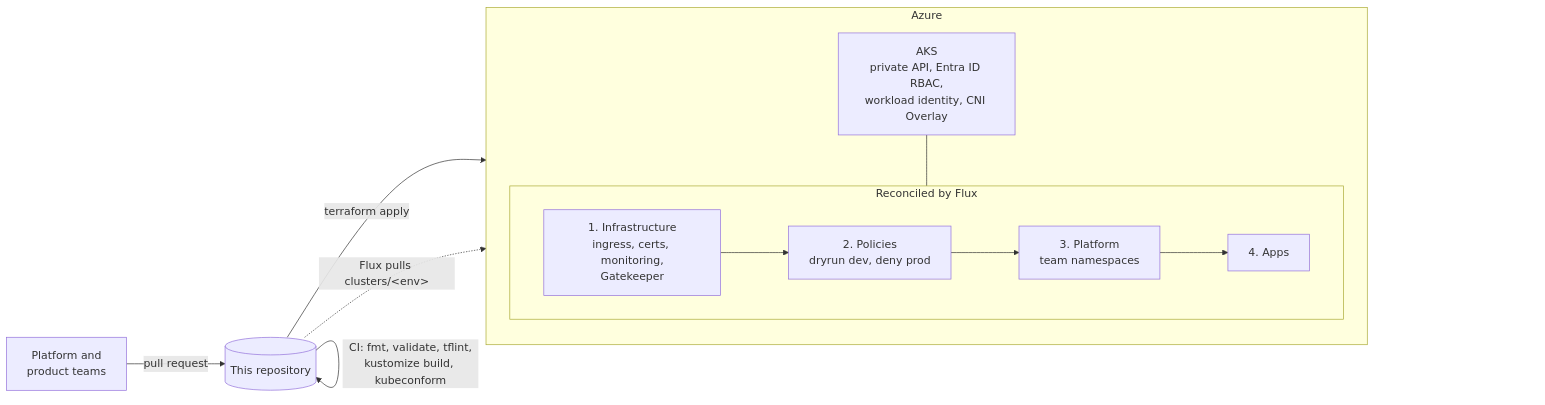
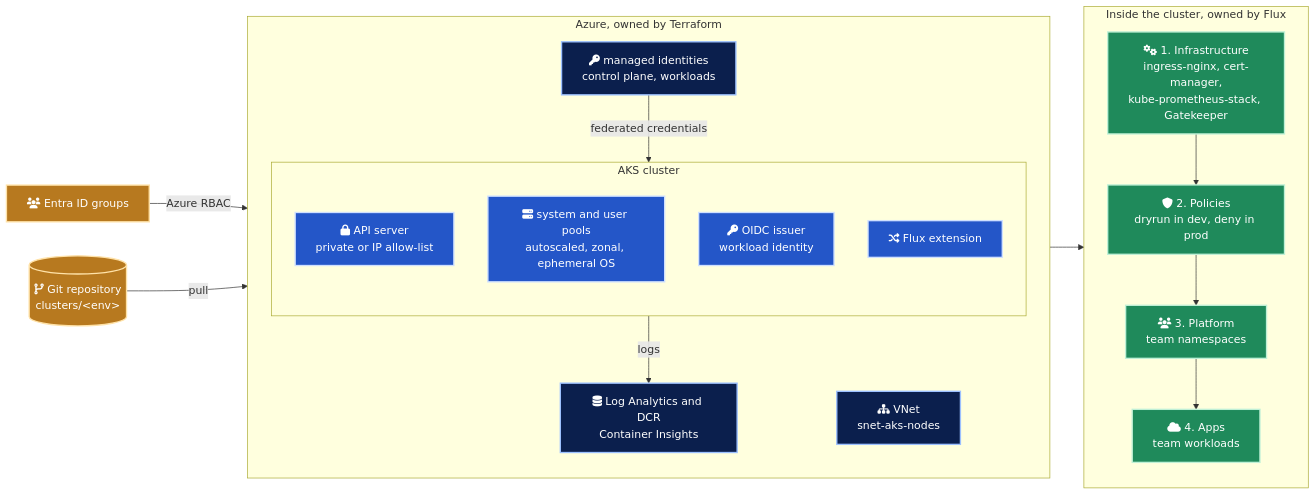
One commit to marlyngiselle/aks-gitops-platform changed the first of 3 diagrams in README.md. Above: the diagram before and after it, drawn with Mermaid. The commit also changed other lines of this file and 1 other file, not shown here.

````diff
--- a/README.md
+++ b/README.md
@@ -11,18 +42,42 @@
 ```mermaid
 flowchart LR
-  dev["Platform and<br/>product teams"] -- "pull request" --> repo[("This repository")]
-  repo -- "CI: fmt, validate, tflint,<br/>kustomize build, kubeconform" --> repo
-  repo -- "terraform apply" --> azure
-  subgraph azure["Azure"]
-    direction TB
-    aks["AKS<br/>private API, Entra ID RBAC,<br/>workload identity, CNI Overlay"]
-    subgraph incluster["Reconciled by Flux"]
-      direction LR
-      infra["1. Infrastructure<br/>ingress, certs, monitoring,<br/>Gatekeeper"] --> pol["2. Policies<br/>dryrun dev, deny prod"]
-      pol --> plat["3. Platform<br/>team namespaces"]
-      plat --> apps["4. Apps"]
+    git[("fa:fa-code-branch Git repository<br/>clusters/&lt;env&gt;")]
+
+    subgraph azure["Azure, owned by Terraform"]
+        direction TB
+        vnet["fa:fa-sitemap VNet<br/>snet-aks-nodes"]
+        ids["fa:fa-key managed identities<br/>control plane, workloads"]
+        law["fa:fa-database Log Analytics and DCR<br/>Container Insights"]
+        subgraph aks["AKS cluster"]
+            direction TB
+            api["fa:fa-lock API server<br/>private or IP allow-list"]
+            pools["fa:fa-server system and user pools<br/>autoscaled, zonal, ephemeral OS"]
+            oidc["fa:fa-key OIDC issuer<br/>workload identity"]
+            flux["fa:fa-random Flux extension"]
+        end
     end
-    aks --- incluster
-  end
-  repo -. "Flux pulls clusters/&lt;env&gt;" .-> incluster
+
+    subgraph incluster["Inside the cluster, owned by Flux"]
+        direction TB
+        l1["fa:fa-cogs 1. Infrastructure<br/>ingress-nginx, cert-manager,<br/>kube-prometheus-stack, Gatekeeper"]
+        l2["fa:fa-shield 2. Policies<br/>dryrun in dev, deny in prod"]
+        l3["fa:fa-users 3. Platform<br/>team namespaces"]
+        l4["fa:fa-cloud 4. Apps<br/>team workloads"]
+        l1 --> l2 --> l3 --> l4
+    end
+
+    entra["fa:fa-users Entra ID groups"] -- "Azure RBAC" --> api
+    ids -- "federated credentials" --> oidc
+    aks -- "logs" --> law
+    git -- "pull" --> flux
+    flux --> l1
+
+    classDef az fill:#0b1f4d,stroke:#9cc0ff,stroke-width:2px,color:#fff
+    classDef k8s fill:#2456c8,stroke:#cfe0ff,stroke-width:2px,color:#fff
+    classDef layer fill:#1f8a5b,stroke:#bff0d6,stroke-width:2px,color:#fff
+    classDef ext fill:#b7791f,stroke:#ffe2a8,stroke-width:2px,color:#fff
+    class vnet,ids,law az
+    class api,pools,oidc,flux k8s
+    class l1,l2,l3,l4 layer
+    class git,entra ext
 ```
````
